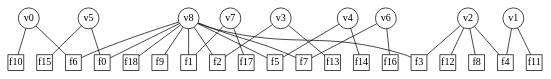
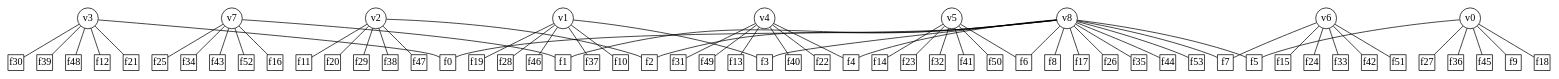
Before and after one commit to vjethava/FastQ: the diagram in zLatest/sample.dot, drawn with Graphviz. The commit also changed 29 other files, not shown here.

```diff
--- a/zLatest/sample.dot
+++ b/zLatest/sample.dot
@@ -1,59 +1,129 @@
 graph G {
 node[shape=circle,width=0.4,fixedsize=true];
 	v0;
 	v1;
 	v2;
 	v3;
 	v4;
 	v5;
 	v6;
 	v7;
 	v8;
 node[shape=box,width=0.3,height=0.3,fixedsize=true];
 	f0;
 	f1;
 	f2;
 	f3;
 	f4;
 	f5;
 	f6;
 	f7;
 	f8;
 	f9;
 	f10;
 	f11;
 	f12;
 	f13;
 	f14;
 	f15;
 	f16;
 	f17;
 	f18;
-	v0 -- f6;
-	v0 -- f10;
-	v1 -- f4;
-	v1 -- f11;
-	v2 -- f3;
-	v2 -- f4;
-	v2 -- f8;
-	v2 -- f12;
-	v3 -- f2;
-	v3 -- f13;
-	v4 -- f5;
-	v4 -- f14;
-	v5 -- f0;
-	v5 -- f15;
+	f19;
+	f20;
+	f21;
+	f22;
+	f23;
+	f24;
+	f25;
+	f26;
+	f27;
+	f28;
+	f29;
+	f30;
+	f31;
+	f32;
+	f33;
+	f34;
+	f35;
+	f36;
+	f37;
+	f38;
+	f39;
+	f40;
+	f41;
+	f42;
+	f43;
+	f44;
+	f45;
+	f46;
+	f47;
+	f48;
+	f49;
+	f50;
+	f51;
+	f52;
+	f53;
+	v0 -- f5;
+	v0 -- f9;
+	v0 -- f18;
+	v0 -- f27;
+	v0 -- f36;
+	v0 -- f45;
+	v1 -- f3;
+	v1 -- f10;
+	v1 -- f19;
+	v1 -- f28;
+	v1 -- f37;
+	v1 -- f46;
+	v2 -- f2;
+	v2 -- f11;
+	v2 -- f20;
+	v2 -- f29;
+	v2 -- f38;
+	v2 -- f47;
+	v3 -- f0;
+	v3 -- f12;
+	v3 -- f21;
+	v3 -- f30;
+	v3 -- f39;
+	v3 -- f48;
+	v4 -- f4;
+	v4 -- f13;
+	v4 -- f22;
+	v4 -- f31;
+	v4 -- f40;
+	v4 -- f49;
+	v5 -- f6;
+	v5 -- f14;
+	v5 -- f23;
+	v5 -- f32;
+	v5 -- f41;
+	v5 -- f50;
 	v6 -- f7;
-	v6 -- f16;
+	v6 -- f15;
+	v6 -- f24;
+	v6 -- f33;
+	v6 -- f42;
+	v6 -- f51;
 	v7 -- f1;
-	v7 -- f17;
+	v7 -- f16;
+	v7 -- f25;
+	v7 -- f34;
+	v7 -- f43;
+	v7 -- f52;
 	v8 -- f0;
 	v8 -- f1;
 	v8 -- f2;
 	v8 -- f3;
+	v8 -- f4;
 	v8 -- f5;
 	v8 -- f6;
 	v8 -- f7;
-	v8 -- f9;
-	v8 -- f18;
+	v8 -- f8;
+	v8 -- f17;
+	v8 -- f26;
+	v8 -- f35;
+	v8 -- f44;
+	v8 -- f53;
 }
```
